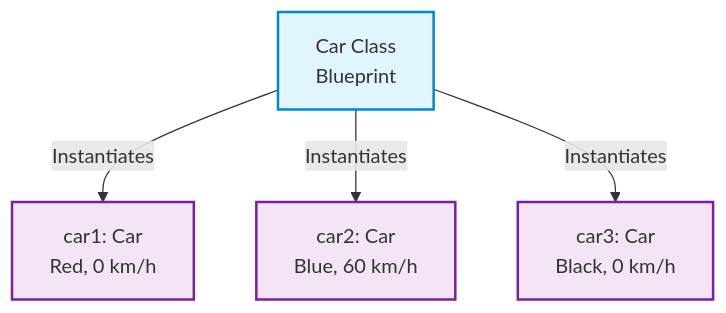
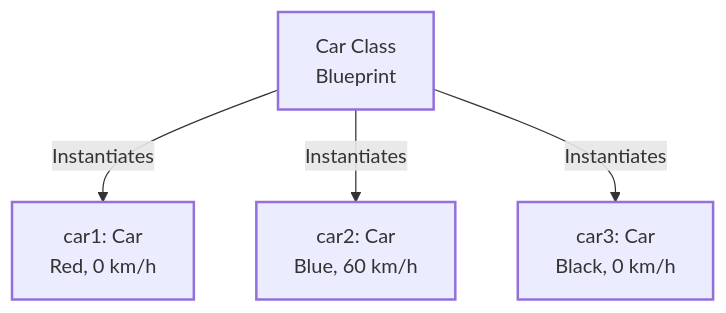
The first of 2 diagrams in docs/02-backend-engineering/python/01-oop.md (ergauravgoyal/ai-first-software-engineer), drawn with Mermaid before and after one commit. The commit also changed 4 other files, not shown here.

Commit message:
Fix Mermaid dark mode visibility and update AGENT.md documentation rules

````diff
--- a/docs/02-backend-engineering/python/01-oop.md
+++ b/docs/02-backend-engineering/python/01-oop.md
@@ -28,14 +28,14 @@
 ```mermaid
 graph TD
-    classDef blueprint fill:#e1f5fe,stroke:#0288d1,stroke-width:2px;
-    classDef obj fill:#f3e5f5,stroke:#7b1fa2,stroke-width:2px;
+    classDef blueprint stroke-width:2px;
+    classDef obj stroke-width:2px;
 
     C[Car Class<br/>Blueprint]:::blueprint
     O1[car1: Car<br/>Red, 0 km/h]:::obj
     O2[car2: Car<br/>Blue, 60 km/h]:::obj
     O3[car3: Car<br/>Black, 0 km/h]:::obj
 
     C -->|Instantiates| O1
     C -->|Instantiates| O2
     C -->|Instantiates| O3
 ```
````
